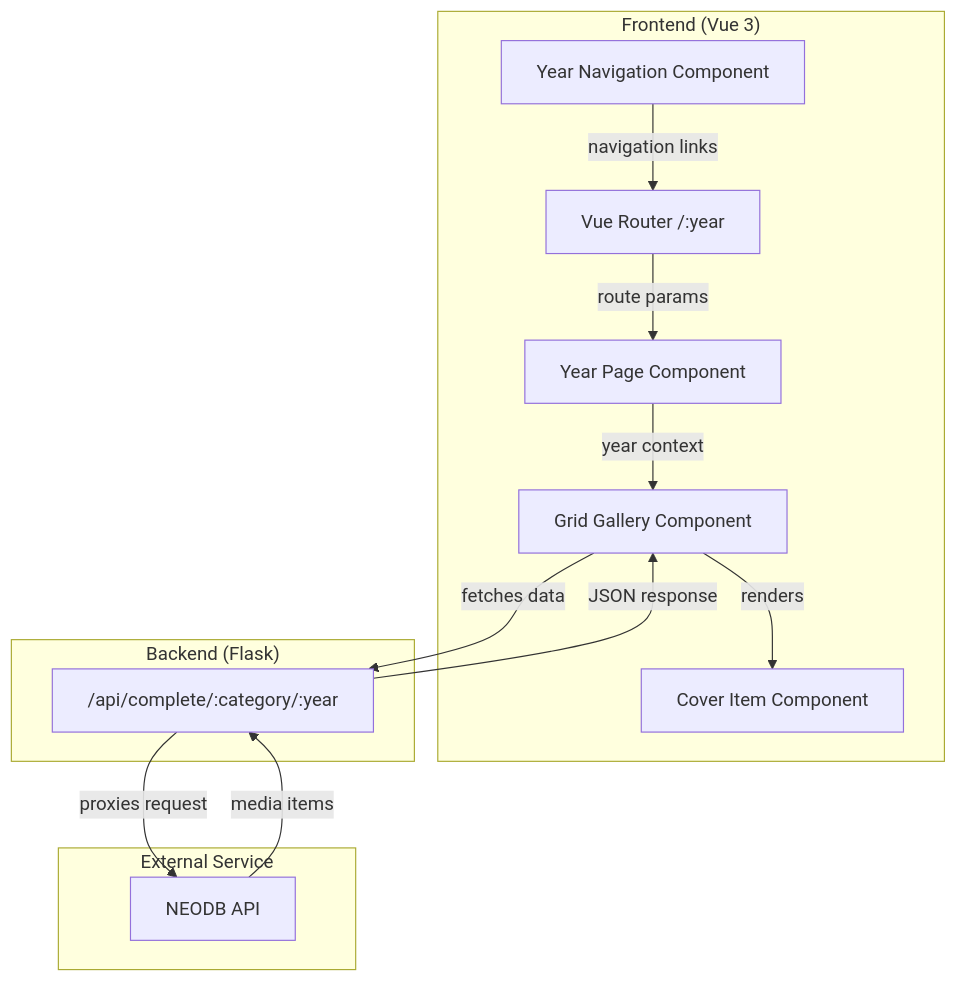
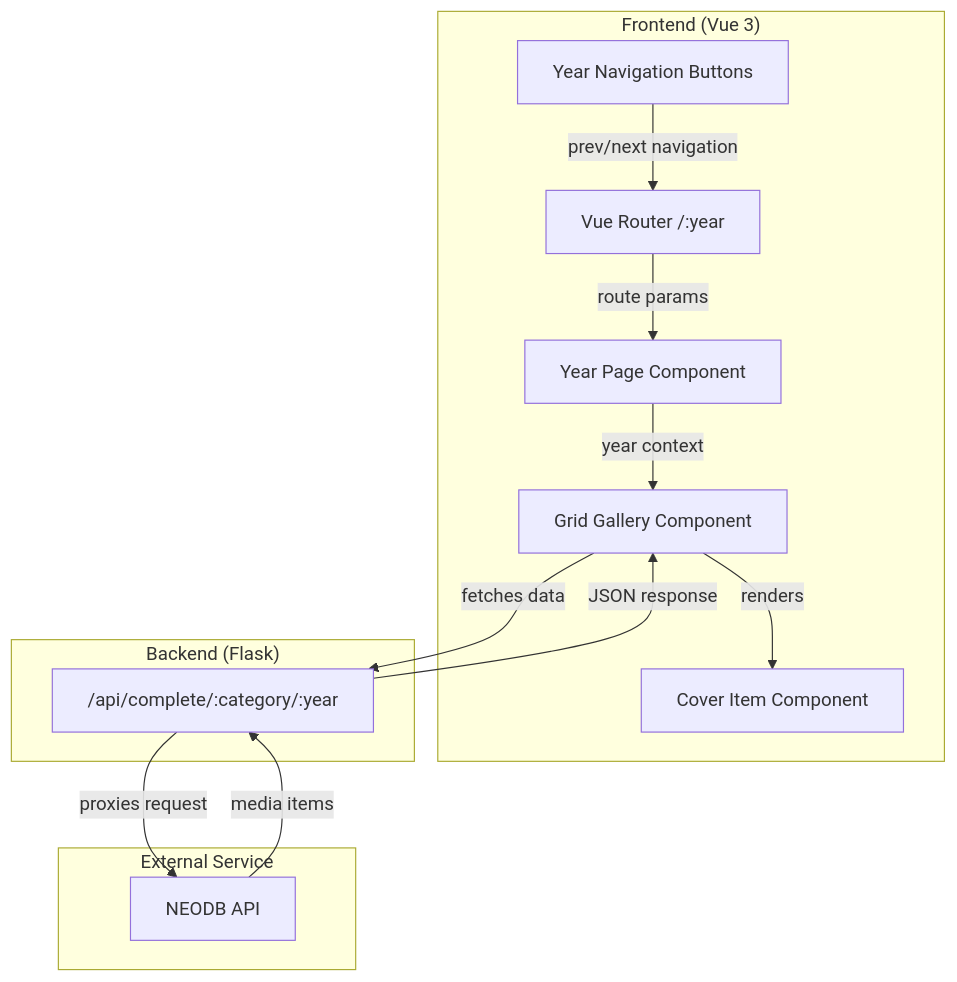
The diagram in .something/prd.md (GabrielDrapor/Savoria), drawn with Mermaid before and after one commit. The commit also changed other lines of this file, not shown here.

First line of the commit message:
feat: update year navigation from links to prev/next buttons

````diff
--- a/.something/prd.md
+++ b/.something/prd.md
@@ -328,27 +333,27 @@
 ```mermaid
 flowchart TB
     subgraph Frontend["Frontend (Vue 3)"]
         VR[Vue Router /:year]
-        YN[Year Navigation Component]
+        YN[Year Navigation Buttons]
         YP[Year Page Component]
         GG[Grid Gallery Component]
         CI[Cover Item Component]
     end
 
     subgraph Backend["Backend (Flask)"]
         API["/api/complete/:category/:year"]
     end
 
     subgraph External["External Service"]
         NEODB[NEODB API]
     end
 
     VR -->|route params| YP
-    YN -->|navigation links| VR
+    YN -->|prev/next navigation| VR
     YP -->|year context| GG
     GG -->|fetches data| API
     API -->|proxies request| NEODB
     NEODB -->|media items| API
     API -->|JSON response| GG
     GG -->|renders| CI
 ```
````
